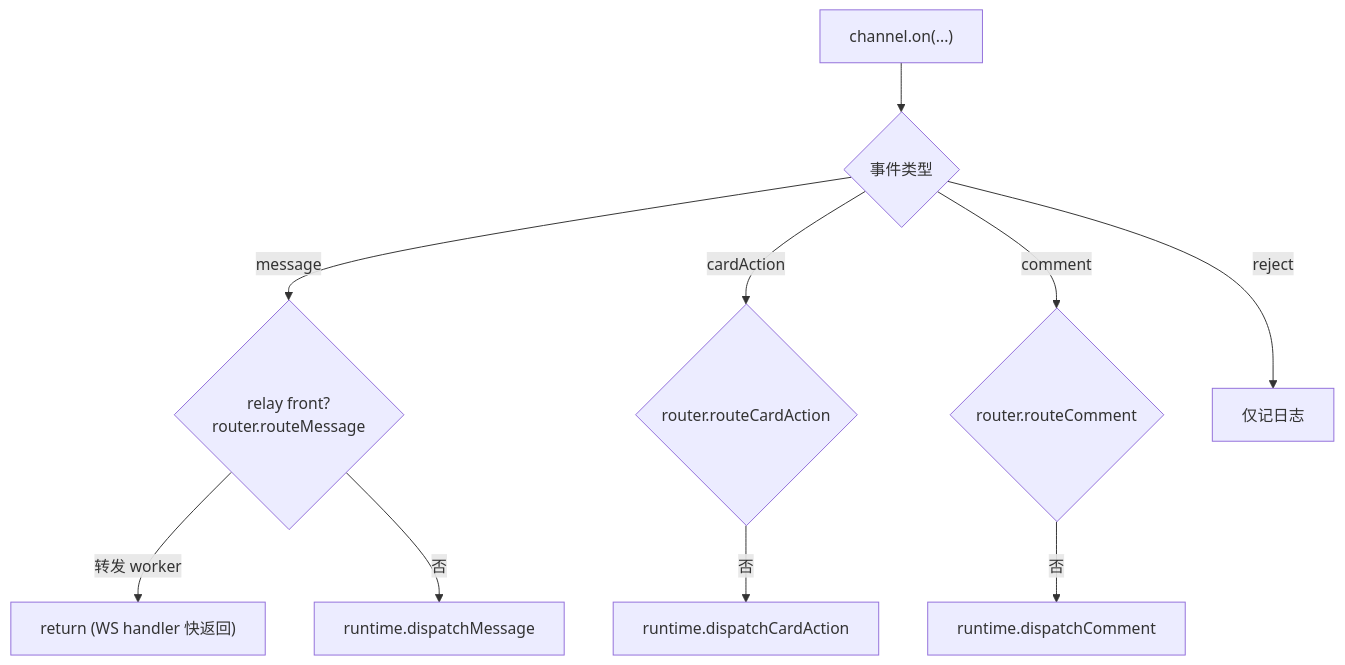
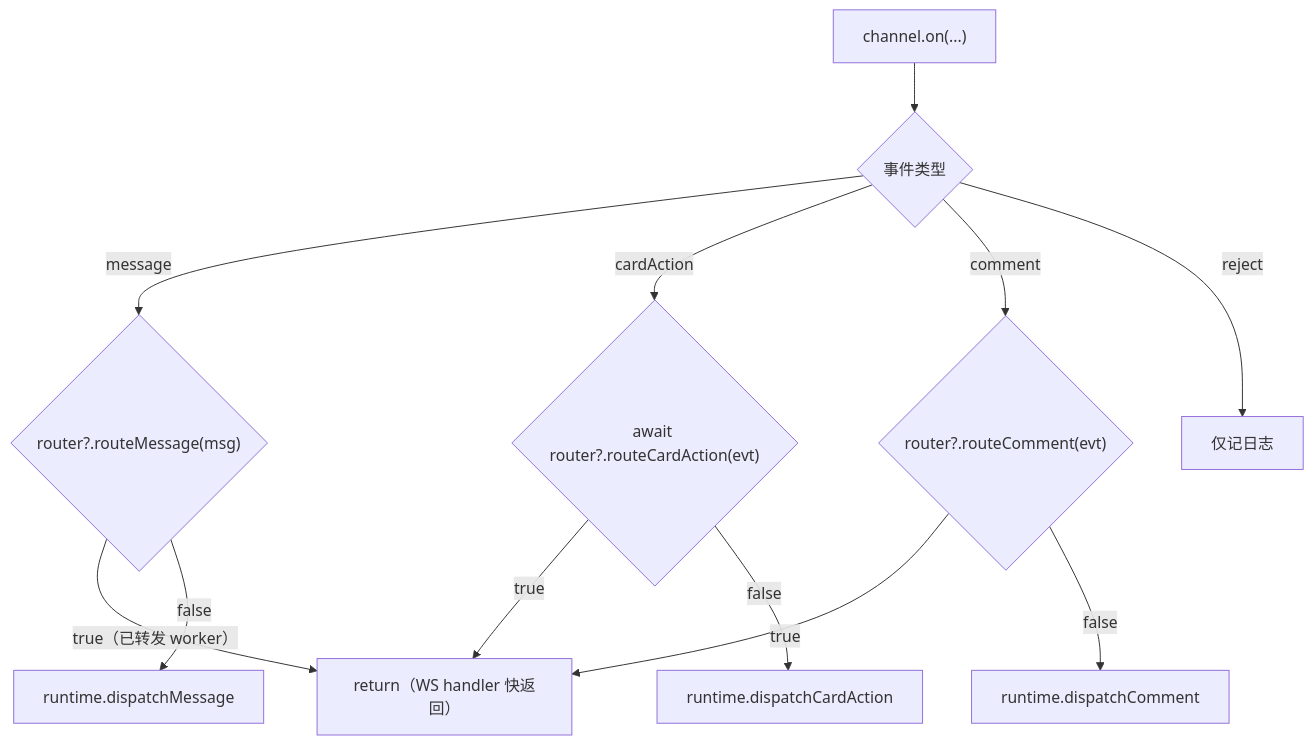
One commit to sorphwer/feishu-omp-bridge changed the first of 5 diagrams in how-it-works/03-feishu-transport.md. Above: the diagram before and after it, drawn with Mermaid. The commit also changed other lines of this file and 12 other files, not shown here.

````diff
--- a/how-it-works/03-feishu-transport.md
+++ b/how-it-works/03-feishu-transport.md
@@ -29,12 +29,14 @@
 ```mermaid
 flowchart TD
   WS["channel.on(...)"] --> M{"事件类型"}
-  M -->|message| RM{"relay front?<br/>router.routeMessage"}
-  M -->|cardAction| RC{"router.routeCardAction"}
-  M -->|comment| RK{"router.routeComment"}
+  M -->|message| RM{"router?.routeMessage(msg)"}
+  M -->|cardAction| RC{"await router?.routeCardAction(evt)"}
+  M -->|comment| RK{"router?.routeComment(evt)"}
   M -->|reject| LOG["仅记日志"]
-  RM -->|"转发 worker"| FWD["return (WS handler 快返回)"]
-  RM -->|否| DM["runtime.dispatchMessage"]
-  RC -->|否| DC["runtime.dispatchCardAction"]
-  RK -->|否| DK["runtime.dispatchComment"]
+  RM -->|"true（已转发 worker）"| FWD["return（WS handler 快返回）"]
+  RC -->|true| FWD
+  RK -->|true| FWD
+  RM -->|false| DM["runtime.dispatchMessage"]
+  RC -->|false| DC["runtime.dispatchCardAction"]
+  RK -->|false| DK["runtime.dispatchComment"]
 ```
````
